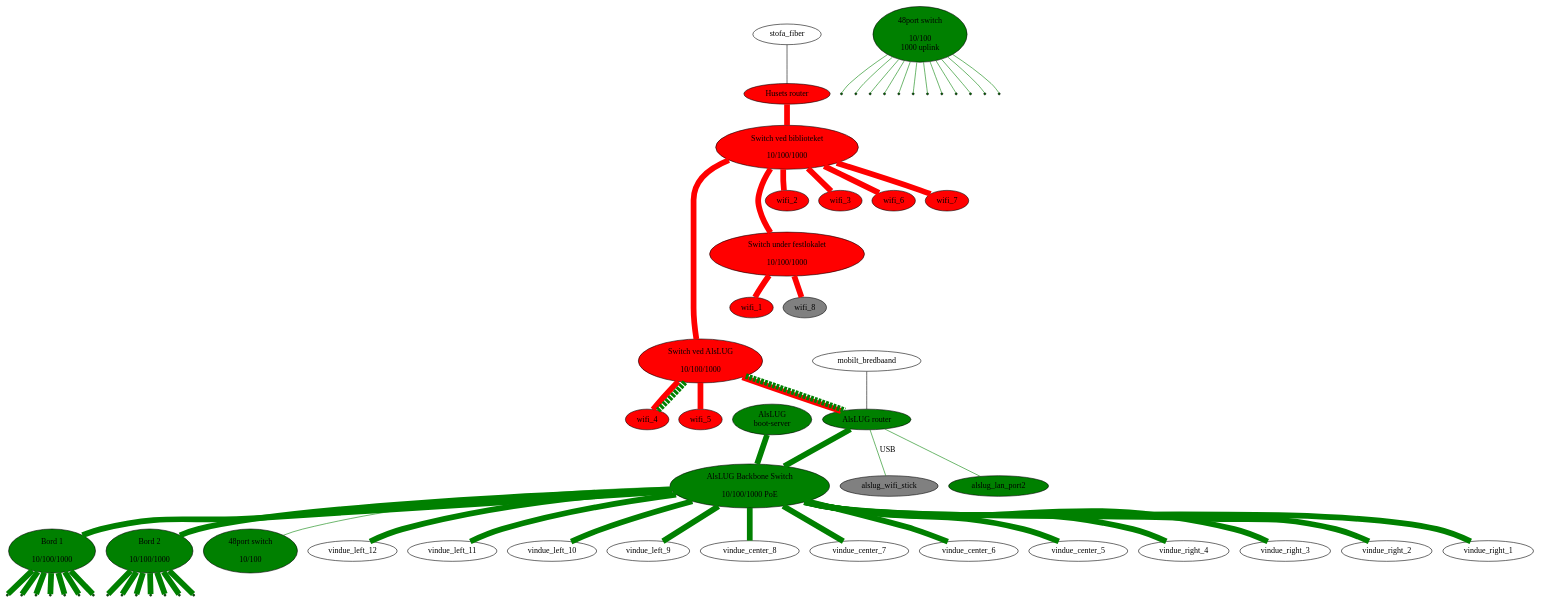
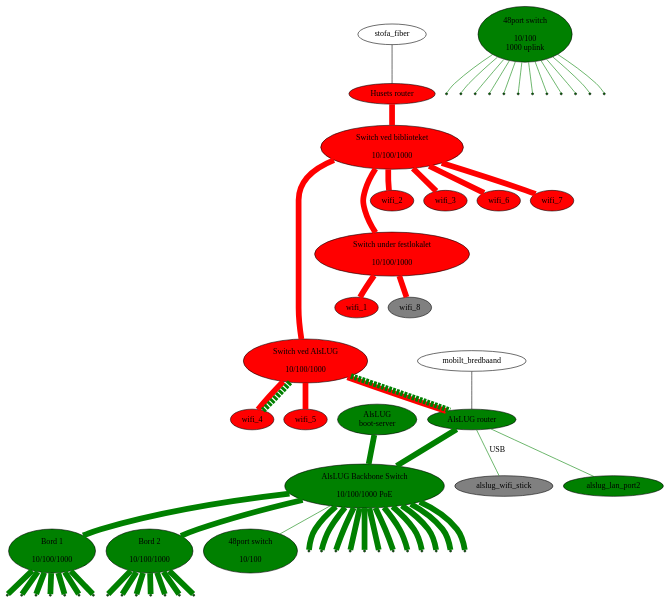
Before and after one commit to alslug/alslug.dk: the diagram in projekter/network.dot, drawn with Graphviz.

```diff
--- a/projekter/network.dot
+++ b/projekter/network.dot
@@ -1,71 +1,71 @@
 digraph xxx {
 #  link_12a [ shape=point ];
 #  link_12b [ shape=point ];
 #  link_12c [ shape=point ];
   edge [ dir=none penwidth=10 ];
 
   node [ style=filled fillcolor=red ];
   husets_router [ label="Husets router" ];
   husets_switch_1 [ label="Switch ved biblioteket\n\n 10/100/1000" ];
   husets_switch_2 [ label="Switch ved AlsLUG\n\n 10/100/1000" ];
   festlokale_switch [ label="Switch under festlokalet\n\n 10/100/1000" ];
   wifi_1 wifi_2 wifi_3 wifi_4 wifi_5 wifi_6 wifi_7;
   wifi_8 [ fillcolor=gray ];
   
   node [ style=filled fillcolor=green ];
   alslug_router [ label="AlsLUG router" ];
   alslug_gl_bootserver [ label="AlsLUG\nboot-server" ];
   alslug_backbone_switch [ label="AlsLUG Backbone Switch\n\n10/100/1000 PoE"];
   bord_1 [ label="Bord 1\n\n10/100/1000"];
   bord_2 [ label="Bord 2\n\n10/100/1000"];
   switch_48p [ label="48port switch\n\n10/100\n1000 uplink"];
   switch_48p_poe [ label="48port switch\n\n10/100"];
   alslug_wifi_stick alslug_lan_port2;
   
   node [ style=normal ];
   // Internet forbindelser
   stofa_fiber      -> husets_router [ penwidth=1 fillcolor=black style=filled ];
   mobilt_bredbaand -> alslug_router [ penwidth=1 fillcolor=black style=filled ];
   
   // Husets forbindelser
   edge  [ color=red style=solid ];
   husets_router -> husets_switch_1 -> { wifi_2 wifi_3 wifi_6 wifi_7 };
   husets_switch_1 -> husets_switch_2 -> { wifi_4 wifi_5 alslug_router};
   husets_switch_1 -> festlokale_switch -> { wifi_1 wifi_8 };
 
   // VLAN forbindelser over bakkensbros netværk
   edge  [ color=green style=dashed ];
   husets_switch_2 -> { alslug_router wifi_4 };
 
   alslug_wifi_stick [ fillcolor=gray style=filled ];
 
   // Interne forbindelser
   edge [ color=green style=solid ];
+  node [ shape=point ];
   {alslug_router alslug_gl_bootserver} -> alslug_backbone_switch -> { bord_1 bord_2 
                   vindue_left_12  vindue_left_11  vindue_left_10  vindue_left_9
                   vindue_center_8 vindue_center_7 vindue_center_6 vindue_center_5
                   vindue_right_4  vindue_right_3  vindue_right_2  vindue_right_1
                   }
  
- alslug_router -> alslug_wifi_stick [ penwidth=1 label="USB" ];
+  alslug_router -> alslug_wifi_stick [ penwidth=1 label="USB" ];
   alslug_router -> alslug_lan_port2 [ penwidth=1 ];
   alslug_backbone_switch -> switch_48p_poe [ penwidth=1 ];
   
-  node [ shape=point ];
   bord_1 -> {
                   bord_1_1 bord_1_2 bord_1_3 bord_1_4
                   bord_1_5 bord_1_6 bord_1_7
                 };
   bord_2 -> {
                   bord_2_1 bord_2_2 bord_2_3 bord_2_4
                   bord_2_5 bord_2_6 bord_2_7
                 };
   switch_48p -> {
                   switch_48p_1 switch_48p_2 switch_48p_3 switch_48p_4
                   switch_48p_5 switch_48p_6 switch_48p_7 switch_48p_8
                   switch_48p_9 switch_48p_10 switch_48p_11 switch_48p_12
                 } [ penwidth=1 ];
   
   edge [ color=invis ];
   husets_switch_1 -> wifi_2 -> festlokale_switch -> wifi_1 -> husets_switch_2;
 }
```
